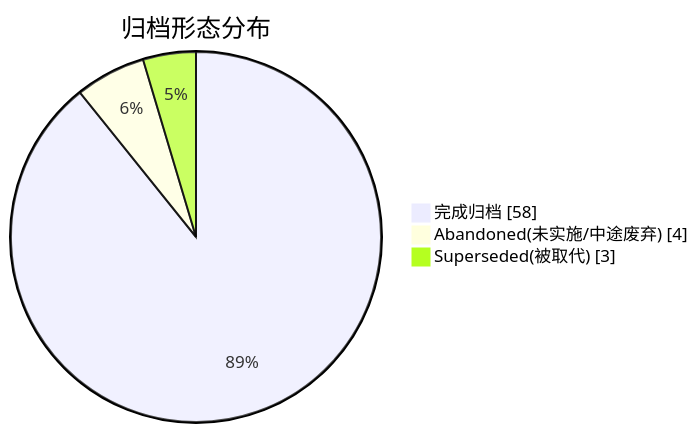
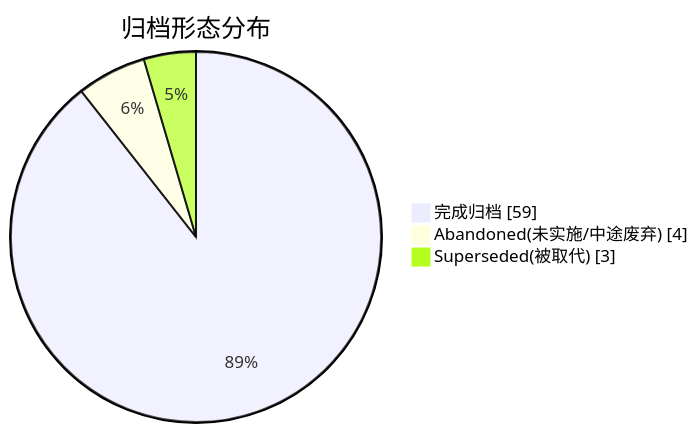
Before and after one commit to golddream-y/obsidian-ratel: the second of 2 diagrams in docs/superpowers/ARCHIVE.md, drawn with Mermaid. The commit also changed other lines of this file and 14 other files, not shown here.

First line of the commit message:
release: 0.5.1 — 聊天贴图真正发给视觉模型

````diff
--- a/docs/superpowers/ARCHIVE.md
+++ b/docs/superpowers/ARCHIVE.md
@@ -24,6 +24,6 @@
 ```mermaid
 pie showData title 归档形态分布
-    "完成归档" : 58
+    "完成归档" : 59
     "Abandoned(未实施/中途废弃)" : 4
     "Superseded(被取代)" : 3
 ```
````
